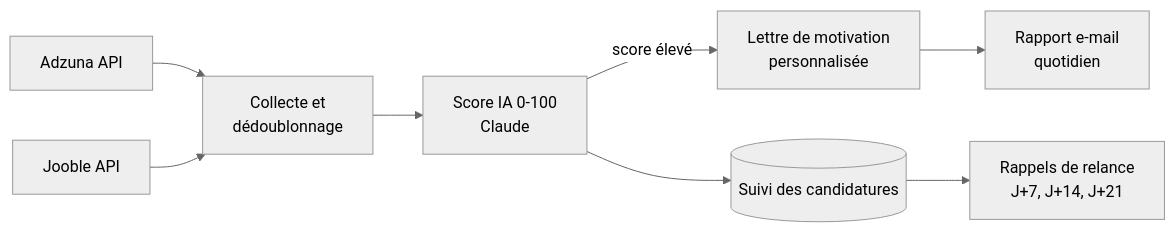
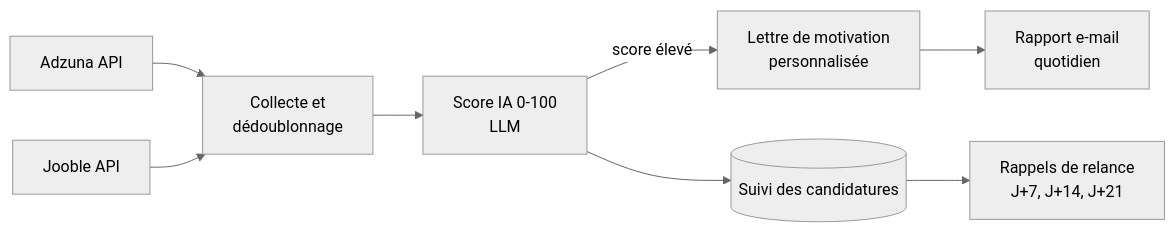
One commit to Toumil94/job-hunter-ai changed the diagram in README.md. Above: the diagram before and after it, drawn with Mermaid (neutral theme). The commit also changed other lines of this file and 6 other files, not shown here.

````diff
--- a/README.md
+++ b/README.md
@@ -13,10 +13,10 @@
 ```mermaid
 flowchart LR
     A[Adzuna API] --> C[Collecte et<br/>dédoublonnage]
     B[Jooble API] --> C
-    C --> D[Score IA 0-100<br/>Claude]
+    C --> D[Score IA 0-100<br/>LLM]
     D -->|score élevé| E[Lettre de motivation<br/>personnalisée]
     D --> F[(Suivi des candidatures)]
     E --> G[Rapport e-mail<br/>quotidien]
     F --> H[Rappels de relance<br/>J+7, J+14, J+21]
 ```
````
